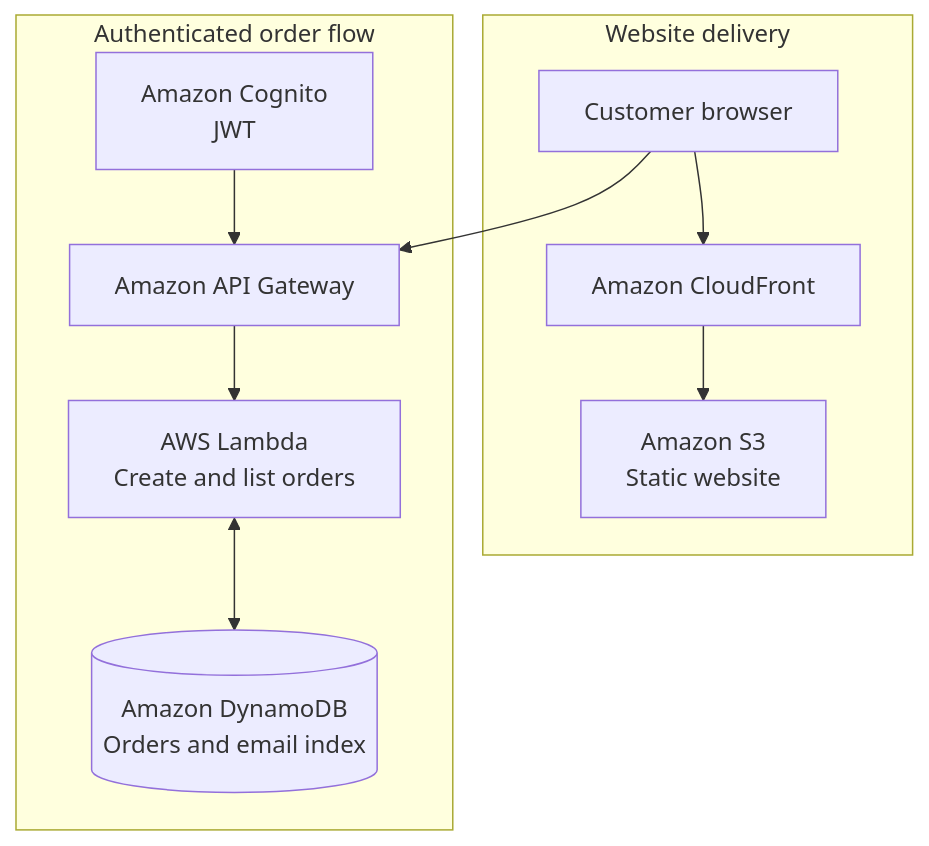
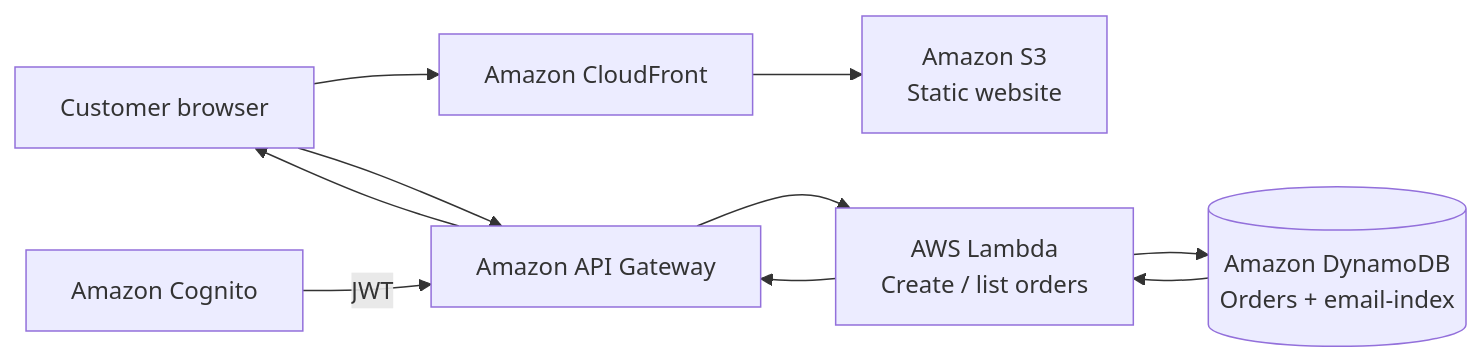
One commit to Kedi-Shuping/aws-restart-journey changed the diagram in Projects/Project-1-Restaurant-Website/README.md. Above: the diagram before and after it, drawn with Mermaid.

Commit message:
Restore original Project 1 architecture diagram

````diff
--- a/Projects/Project-1-Restaurant-Website/README.md
+++ b/Projects/Project-1-Restaurant-Website/README.md
@@ -33,14 +33,12 @@
 ```mermaid
-flowchart TB
-    subgraph Website["Website delivery"]
-        Customer["Customer browser"] --> CloudFront["Amazon CloudFront"]
-        CloudFront --> S3["Amazon S3<br/>Static website"]
-    end
-
-    subgraph Orders["Authenticated order flow"]
-        Cognito["Amazon Cognito<br/>JWT"] --> API["Amazon API Gateway"]
-        Customer --> API
-        API --> Lambda["AWS Lambda<br/>Create and list orders"]
-        Lambda <--> DB[("Amazon DynamoDB<br/>Orders and email index")]
-    end
+flowchart LR
+    A[Customer browser] --> B[Amazon CloudFront]
+    B --> C[Amazon S3<br/>Static website]
+    A --> D[Amazon API Gateway]
+    E[Amazon Cognito] -->|JWT| D
+    D --> F[AWS Lambda<br/>Create / list orders]
+    F --> G[(Amazon DynamoDB<br/>Orders + email-index)]
+    G --> F
+    F --> D
+    D --> A
 ```
````
